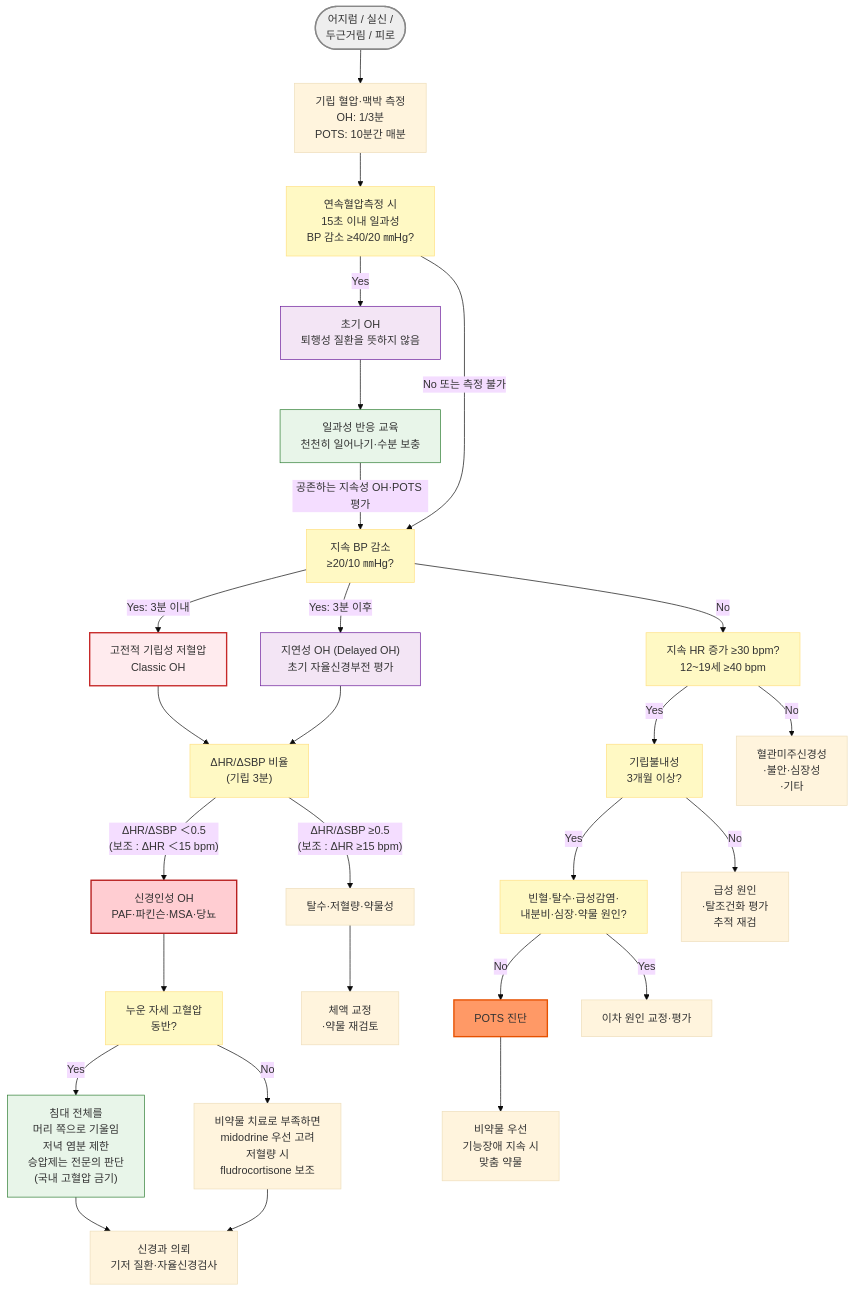
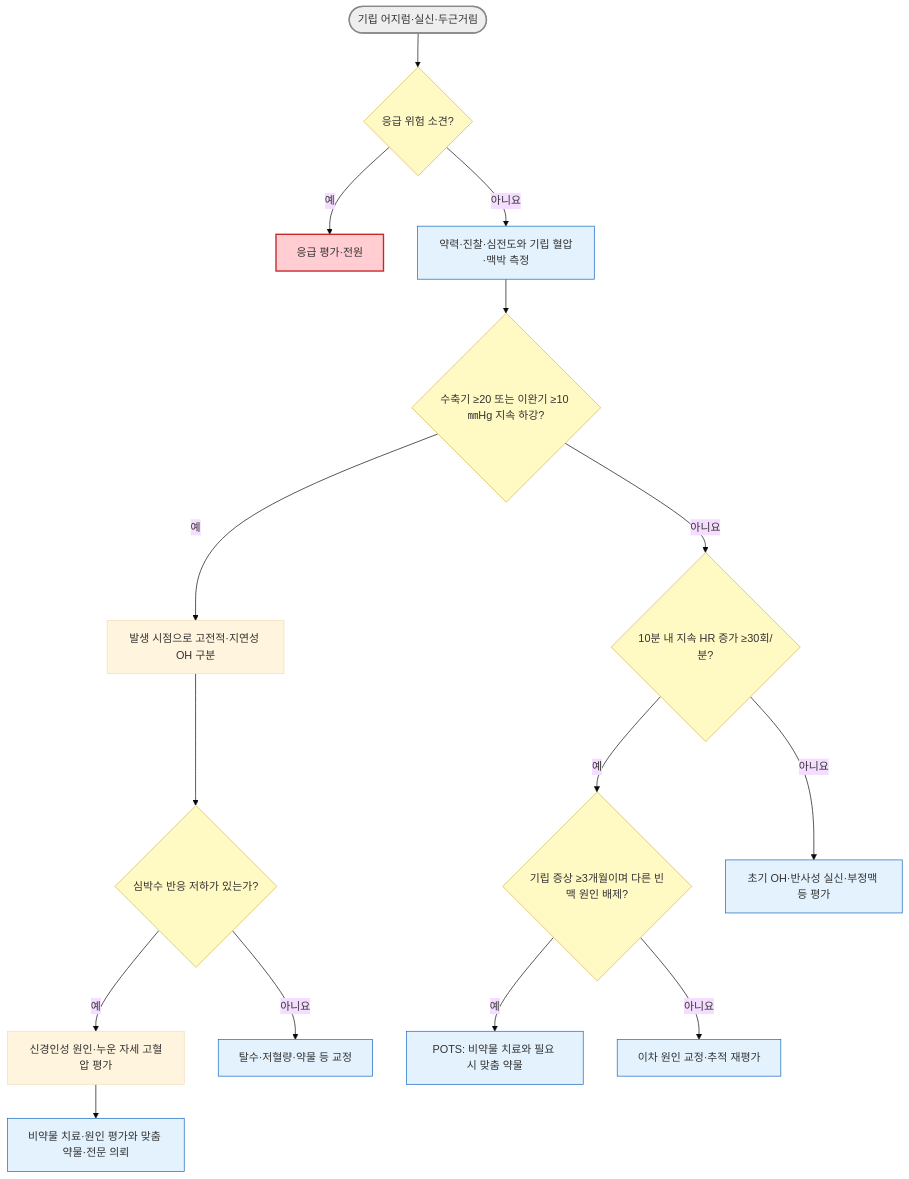
One commit to familyoh77/familyoh77 changed the diagram in 221_/030_-autonomic-dysfunction.md. Above: the diagram before and after it, drawn with Mermaid (base theme). The commit also changed other lines of this file and 9 other files, not shown here.

````diff
--- a/221_/030_-autonomic-dysfunction.md
+++ b/221_/030_-autonomic-dysfunction.md
@@ -231,39 +231,25 @@
 ```mermaid
-graph TD
-    Start(["어지럼 / 실신 /<br/>두근거림 / 피로"]) --> Step1["기립 혈압·맥박 측정<br/>OH: 1/3분<br/>POTS: 10분간 매분"]
-    Step1 --> Q0["연속혈압측정 시<br/>15초 이내 일과성<br/>BP 감소 ≥40/20 ㎜Hg?"]
-    Q0 -->|Yes| IOH["초기 OH<br/>퇴행성 질환을 뜻하지 않음"]
-    Q0 -->|"No 또는 측정 불가"| Q1["지속 BP 감소<br/>≥20/10 ㎜Hg?"]
-    IOH --> IOH_Tx["일과성 반응 교육<br/>천천히 일어나기·수분 보충"]
-    IOH_Tx -->|"공존하는 지속성 OH·POTS 평가"| Q1
-    Q1 -->|"Yes: 3분 이내"| OH["고전적 기립성 저혈압<br/>Classic OH"]
-    Q1 -->|"Yes: 3분 이후"| DOH["지연성 OH (Delayed OH)<br/>초기 자율신경부전 평가"]
-    Q1 -->|No| Q2["지속 HR 증가 ≥30 bpm?<br/>12~19세 ≥40 bpm"]
-    Q2 -->|Yes| Chronic["기립불내성<br/>3개월 이상?"]
-    Q2 -->|No| Other["혈관미주신경성<br/>·불안·심장성<br/>·기타"]
-    OH --> QHR["ΔHR/ΔSBP 비율<br/>(기립 3분)"]
-    DOH --> QHR
-    QHR -->|"ΔHR/ΔSBP ＜0.5<br/>(보조 : ΔHR ＜15 bpm)"| Neuro["신경인성 OH<br/>PAF·파킨슨·MSA·당뇨"]
-    QHR -->|"ΔHR/ΔSBP ≥0.5<br/>(보조 : ΔHR ≥15 bpm)"| Volume["탈수·저혈량·약물성"]
-    Neuro --> SupHTN["누운 자세 고혈압<br/>동반?"]
-    SupHTN -->|Yes| SupYes["침대 전체를 <br/>머리 쪽으로 기울임<br/>저녁 염분 제한<br/>승압제는 전문의 판단<br/>(국내 고혈압 금기)"]
-    SupHTN -->|No| SupNo["비약물 치료로 부족하면<br/>midodrine 우선 고려<br/>저혈량 시 <br/>fludrocortisone 보조"]
-    Chronic -->|Yes| Excl["빈혈·탈수·급성감염·<br/>내분비·심장·약물 원인?"]
-    Chronic -->|No| Recheck["급성 원인<br/>·탈조건화 평가<br/>추적 재검"]
-    Excl -->|No| POTSconf["POTS 진단"]
-    Excl -->|Yes| Secondary["이차 원인 교정·평가"]
-    SupYes --> Ref["신경과 의뢰<br/>기저 질환·자율신경검사"]
-    SupNo --> Ref
-    Volume --> Tx1["체액 교정<br/>·약물 재검토"]
-    POTSconf --> Tx2["비약물 우선<br/>기능장애 지속 시 <br/>맞춤 약물"]
-    style Start fill:#eeeeee,stroke:#888888,stroke-width:2px
-    classDef yellow fill:#fff9c4,stroke:#ffe082
-    class Q0,Q1,Q2,Chronic,QHR,SupHTN,Excl yellow
-    style OH fill:#ffebee,stroke:#c62828,stroke-width:2px
-    style POTSconf fill:#f96,stroke:#e65100,stroke-width:2px
-    style IOH fill:#f3e5f5,stroke:#6a1b9a,stroke-width:1px
-    style DOH fill:#f3e5f5,stroke:#6a1b9a,stroke-width:1px
-    style IOH_Tx fill:#e8f5e9,stroke:#2e7d32,stroke-width:1px
-    style SupYes fill:#e8f5e9,stroke:#2e7d32,stroke-width:1px
-    style Neuro fill:#ffcdd2,stroke:#b71c1c,stroke-width:2px
+flowchart TD
+    S(["기립 어지럼·실신·두근거림"]) --> R{"응급 위험 소견?"}
+    R -- "예" --> E["응급 평가·전원"]
+    R -- "아니요" --> M["약력·진찰·심전도와 기립 혈압·맥박 측정"]
+    M --> Q{"수축기 ≥20 또는 이완기 ≥10 ㎜Hg 지속 하강?"}
+    Q -- "예" --> O["발생 시점으로 고전적·지연성 OH 구분"]
+    O --> N{"심박수 반응 저하가 있는가?"}
+    N -- "예" --> A["신경인성 원인·누운 자세 고혈압 평가"]
+    N -- "아니요" --> V["탈수·저혈량·약물 등 교정"]
+    A --> AT["비약물 치료·원인 평가와 맞춤 약물·전문 의뢰"]
+    Q -- "아니요" --> P{"10분 내 지속 HR 증가 ≥30회/분?"}
+    P -- "예" --> C{"기립 증상 ≥3개월이며 다른 빈맥 원인 배제?"}
+    C -- "예" --> PT["POTS: 비약물 치료와 필요 시 맞춤 약물"]
+    C -- "아니요" --> B["이차 원인 교정·추적 재평가"]
+    P -- "아니요" --> D["초기 OH·반사성 실신·부정맥 등 평가"]
+    classDef start fill:#eee,stroke:#888,stroke-width:2px
+    classDef decision fill:#fff9c4,stroke:#d6b656
+    classDef emergency fill:#ffcdd2,stroke:#c62828,stroke-width:2px
+    classDef treatment fill:#e3f2fd,stroke:#1565c0
+    class S start
+    class R,Q,N,P,C decision
+    class E emergency
+    class M,V,AT,PT,B,D treatment
 ```
````
